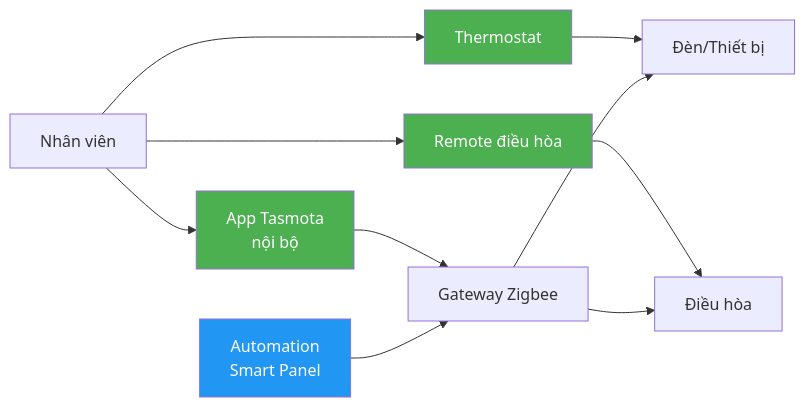
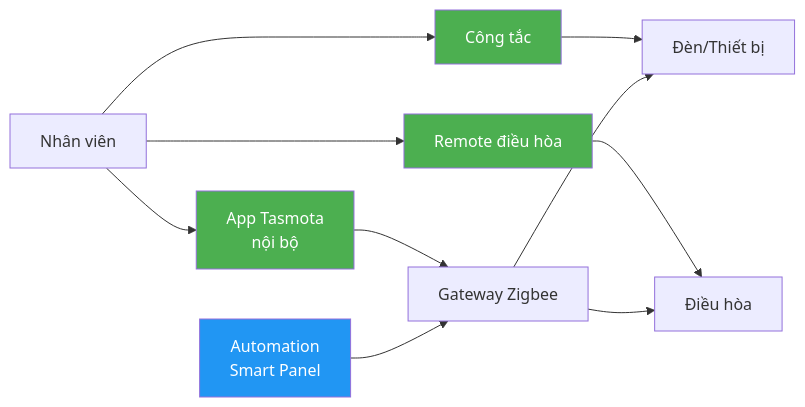
The second of 3 diagrams in slides/03-failsafe.md (huongvn/HLCFEOS), drawn with Mermaid before and after one commit. The commit also changed other lines of this file and 6 other files, not shown here.

````diff
--- a/slides/03-failsafe.md
+++ b/slides/03-failsafe.md
@@ -53,19 +53,19 @@
 ```mermaid
 graph LR
-    A[Nhân viên] --> B[Thermostat]
+    A[Nhân viên] --> B[Công tắc]
     A --> C[Remote điều hòa]
     A --> D[App Tasmota<br/>nội bộ]
     
     B --> E[Đèn/Thiết bị]
     C --> F[Điều hòa]
     D --> G[Gateway Zigbee]
     G --> E
     G --> F
     
     H[Automation<br/>Smart Panel] --> G
     
     style B fill:#4CAF50,color:#fff
     style C fill:#4CAF50,color:#fff
     style D fill:#4CAF50,color:#fff
     style H fill:#2196F3,color:#fff
 ```
````
